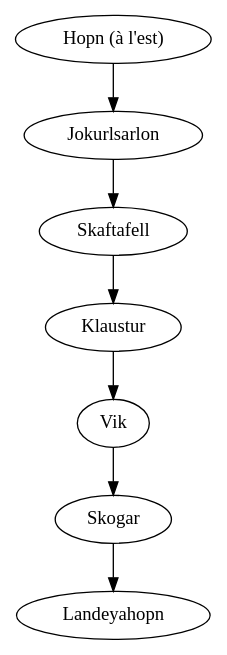
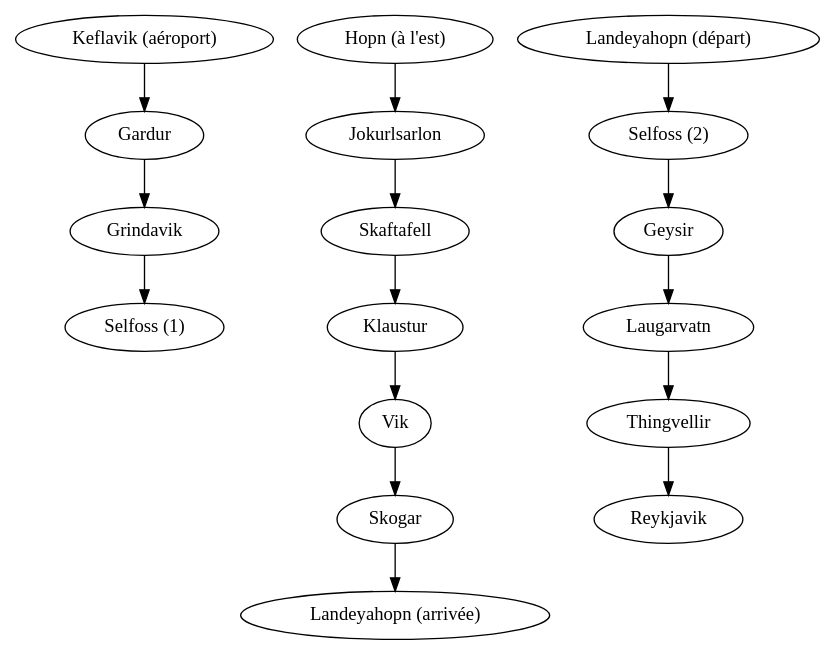
The first of 5 diagrams in autostop.fr.rst (Naereen/web-sphinx), drawn with Graphviz before and after one commit. The commit also changed other lines of this file and 2 other files, not shown here.

Commit message:
Better graph for hitch-hiking trips in Island this summer

```diff
--- a/autostop.fr.rst
+++ b/autostop.fr.rst
@@ -29,3 +25,5 @@
-.. digraph:: aout152
+.. digraph:: aout15islande
 
-   "Hopn (à l'est)" -> "Jokurlsarlon" -> "Skaftafell" -> "Klaustur" -> "Vik" -> "Skogar" -> "Landeyahopn";
+   "Keflavik (aéroport)" -> "Gardur" -> "Grindavik" -> "Selfoss (1)";
+   "Hopn (à l'est)" -> "Jokurlsarlon" -> "Skaftafell" -> "Klaustur" -> "Vik" -> "Skogar" -> "Landeyahopn (arrivée)";
+   "Landeyahopn (départ)" -> "Selfoss (2)" -> "Geysir" -> "Laugarvatn" -> "Thingvellir" -> "Reykjavik";
```
